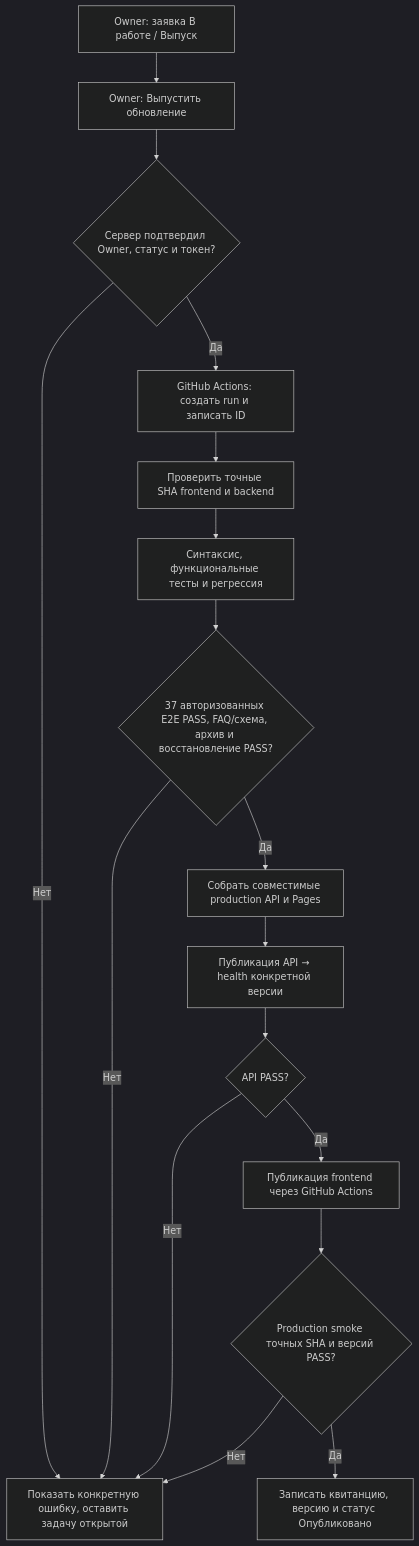
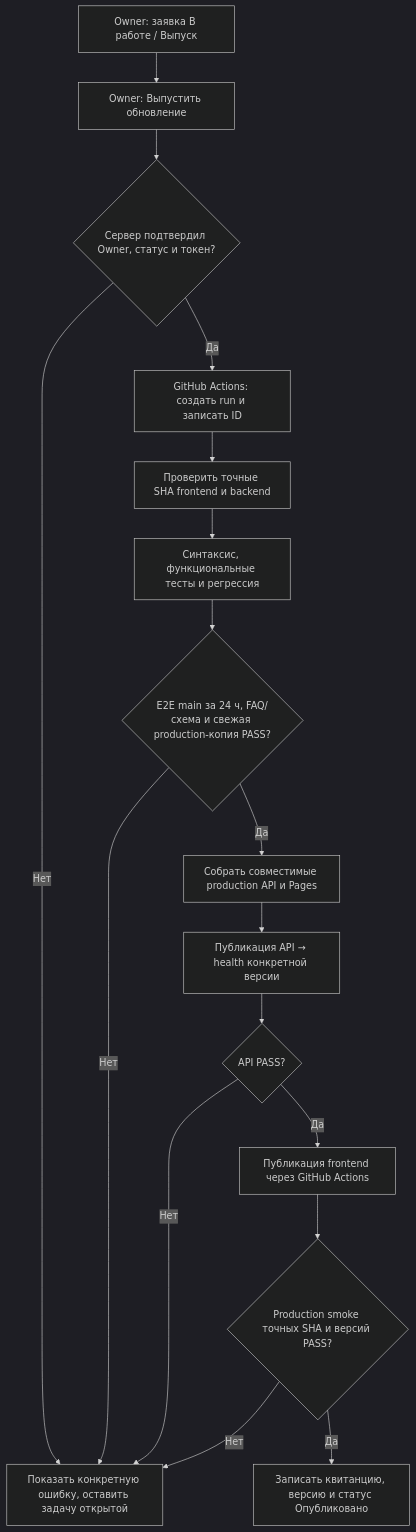
One commit to hakaru4i-afk/freight-quotes-web changed the diagram in docs/owner-portal-one-click-release-20261122.md. Above: the diagram before and after it, drawn with Mermaid (dark theme). The commit also changed other lines of this file and 3 other files, not shown here.

````diff
--- a/docs/owner-portal-one-click-release-20261122.md
+++ b/docs/owner-portal-one-click-release-20261122.md
@@ -18,19 +18,19 @@
 ```mermaid
 flowchart TD
     A["Owner: заявка В работе / Выпуск"] --> B["Owner: Выпустить обновление"]
     B --> C{"Сервер подтвердил Owner, статус и токен?"}
     C -->|Нет| F["Показать конкретную ошибку, оставить задачу открытой"]
     C -->|Да| D["GitHub Actions: создать run и записать ID"]
     D --> E["Проверить точные SHA frontend и backend"]
     E --> G["Синтаксис, функциональные тесты и регрессия"]
-    G --> H{"37 авторизованных E2E PASS, FAQ/схема, архив и восстановление PASS?"}
+    G --> H{"E2E main за 24 ч, FAQ/схема и свежая production-копия PASS?"}
     H -->|Нет| F
     H -->|Да| I["Собрать совместимые production API и Pages"]
     I --> J["Публикация API → health конкретной версии"]
     J --> K{"API PASS?"}
     K -->|Нет| F
     K -->|Да| L["Публикация frontend через GitHub Actions"]
     L --> M{"Production smoke точных SHA и версий PASS?"}
     M -->|Нет| F
     M -->|Да| N["Записать квитанцию, версию и статус Опубликовано"]
 ```
````
